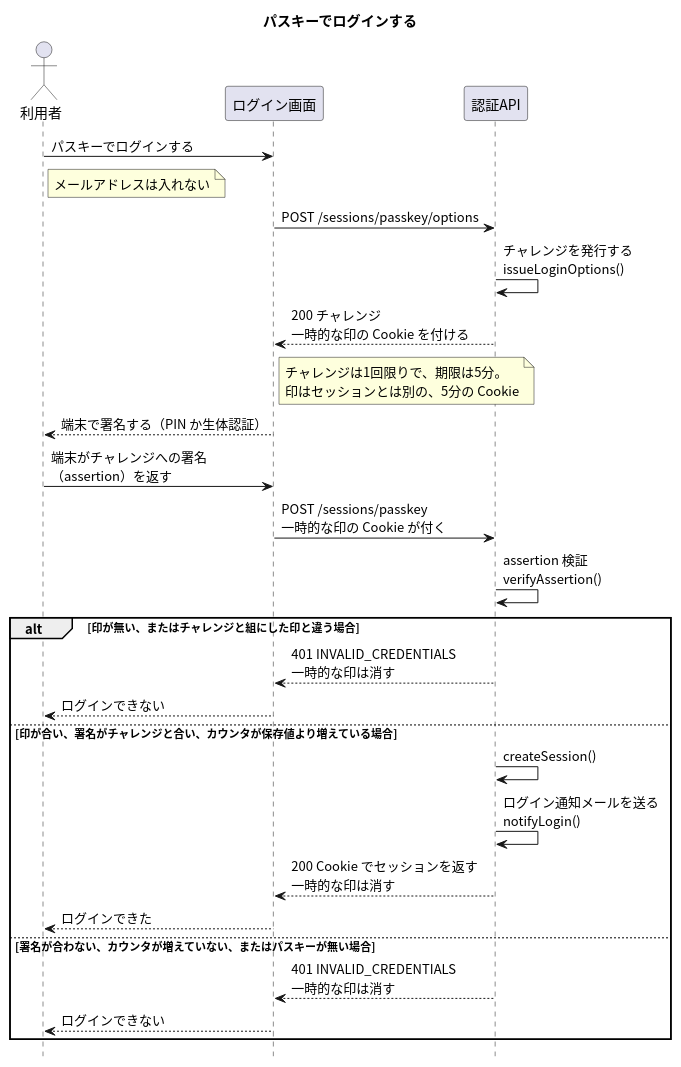
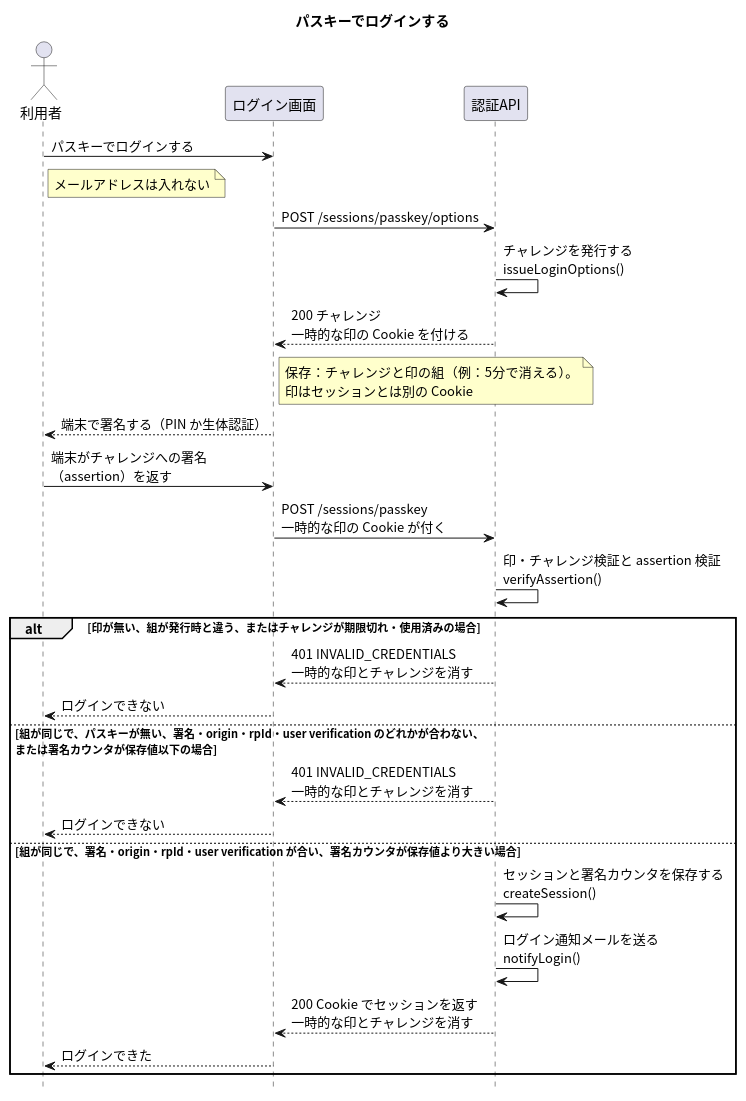
The diagram in apis/login-passkey/入口.puml (masamasamasato/design-doc-template), drawn with PlantUML before and after one commit. The commit also changed 101 other files, not shown here.

```diff
--- a/apis/login-passkey/入口.puml
+++ b/apis/login-passkey/入口.puml
@@ -1,35 +1,36 @@
 @startuml
 skinparam shadowing false
 skinparam defaultFontName "Noto Sans CJK JP"
 skinparam SequenceFontName "Noto Sans CJK JP"
+skinparam NoteBackgroundColor #FFFFCC
 hide footbox
 
 title パスキーでログインする
 
 actor "利用者" as User
 participant "ログイン画面" as Screen
 participant "認証API" as API
 
 User -> Screen : パスキーでログインする
 note right of User : メールアドレスは入れない
 Screen -> API : POST /sessions/passkey/options
 API -> API : チャレンジを発行する\nissueLoginOptions()
 API --> Screen : 200 チャレンジ\n一時的な印の Cookie を付ける
-note right of Screen : チャレンジは1回限りで、期限は5分。\n印はセッションとは別の、5分の Cookie
+note right of Screen : 保存：チャレンジと印の組（例：5分で消える）。\n印はセッションとは別の Cookie
 Screen --> User : 端末で署名する（PIN か生体認証）
 User -> Screen : 端末がチャレンジへの署名\n（assertion）を返す
 Screen -> API : POST /sessions/passkey\n一時的な印の Cookie が付く
-API -> API : assertion 検証\nverifyAssertion()
-alt 印が無い、またはチャレンジと組にした印と違う場合
-  API --> Screen : 401 INVALID_CREDENTIALS\n一時的な印は消す
+API -> API : 印・チャレンジ検証と assertion 検証\nverifyAssertion()
+alt 印が無い、組が発行時と違う、またはチャレンジが期限切れ・使用済みの場合
+  API --> Screen : 401 INVALID_CREDENTIALS\n一時的な印とチャレンジを消す
   Screen --> User : ログインできない
-else 印が合い、署名がチャレンジと合い、カウンタが保存値より増えている場合
-  API -> API : createSession()
+else 組が同じで、パスキーが無い、署名・origin・rpId・user verification のどれかが合わない、\nまたは署名カウンタが保存値以下の場合
+  API --> Screen : 401 INVALID_CREDENTIALS\n一時的な印とチャレンジを消す
+  Screen --> User : ログインできない
+else 組が同じで、署名・origin・rpId・user verification が合い、署名カウンタが保存値より大きい場合
+  API -> API : セッションと署名カウンタを保存する\ncreateSession()
   API -> API : ログイン通知メールを送る\nnotifyLogin()
-  API --> Screen : 200 Cookie でセッションを返す\n一時的な印は消す
+  API --> Screen : 200 Cookie でセッションを返す\n一時的な印とチャレンジを消す
   Screen --> User : ログインできた
-else 署名が合わない、カウンタが増えていない、またはパスキーが無い場合
-  API --> Screen : 401 INVALID_CREDENTIALS\n一時的な印は消す
-  Screen --> User : ログインできない
 end
 @enduml
```
